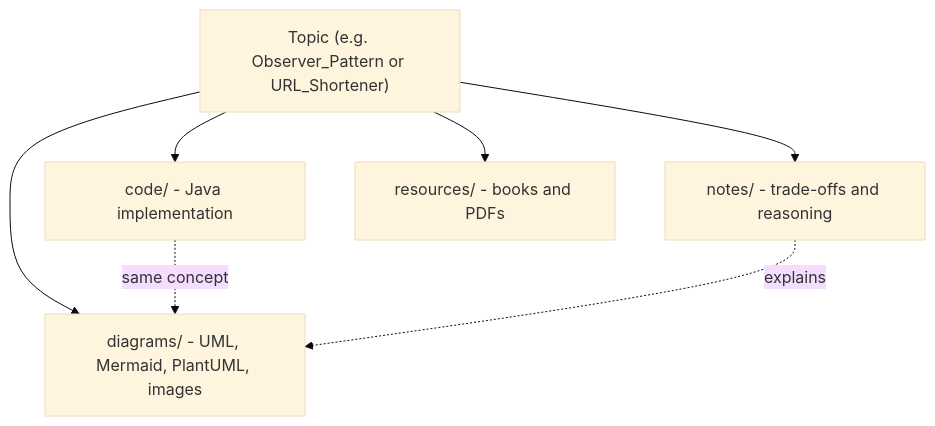
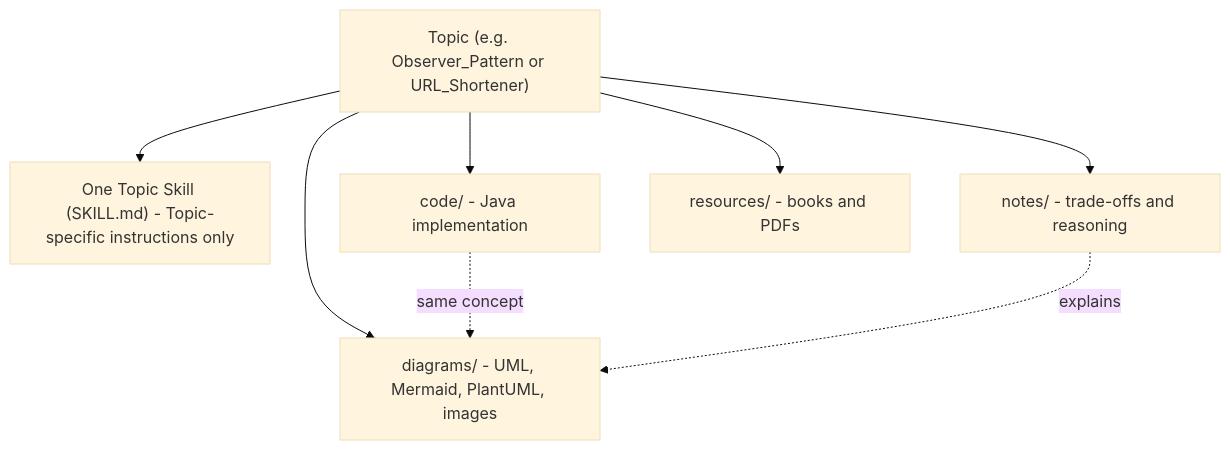
Before and after one commit to AkmKawser/System-Design: the third of 4 diagrams in Project_Engine/PROJECT_WORKFLOW.md, drawn with Mermaid (base theme). The commit also changed other lines of this file and 3 other files, not shown here.

Commit message:
docs(architecture): refactor root README with engine ingestion/generic-output and topic skill decoupling

````diff
--- a/Project_Engine/PROJECT_WORKFLOW.md
+++ b/Project_Engine/PROJECT_WORKFLOW.md
@@ -56,9 +58,10 @@
 ```mermaid
 flowchart TD
-    T["Topic (e.g. Observer_Pattern or URL_Shortener)"] --> D1["diagrams/ - UML, Mermaid, PlantUML, images"]
+    T["Topic (e.g. Observer_Pattern or URL_Shortener)"] --> S["One Topic Skill (SKILL.md) - Topic-specific instructions only"]
+    T --> D1["diagrams/ - UML, Mermaid, PlantUML, images"]
     T --> D2["code/ - Java implementation"]
     T --> D3["notes/ - trade-offs and reasoning"]
     T --> D4["resources/ - books and PDFs"]
     D2 -.->|"same concept"| D1
     D3 -.->|"explains"| D1
 ```
````
